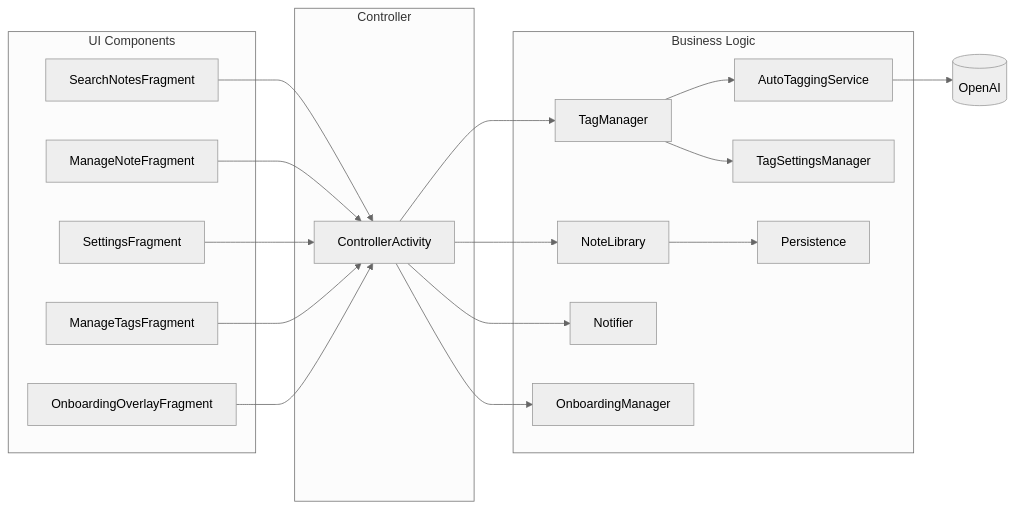
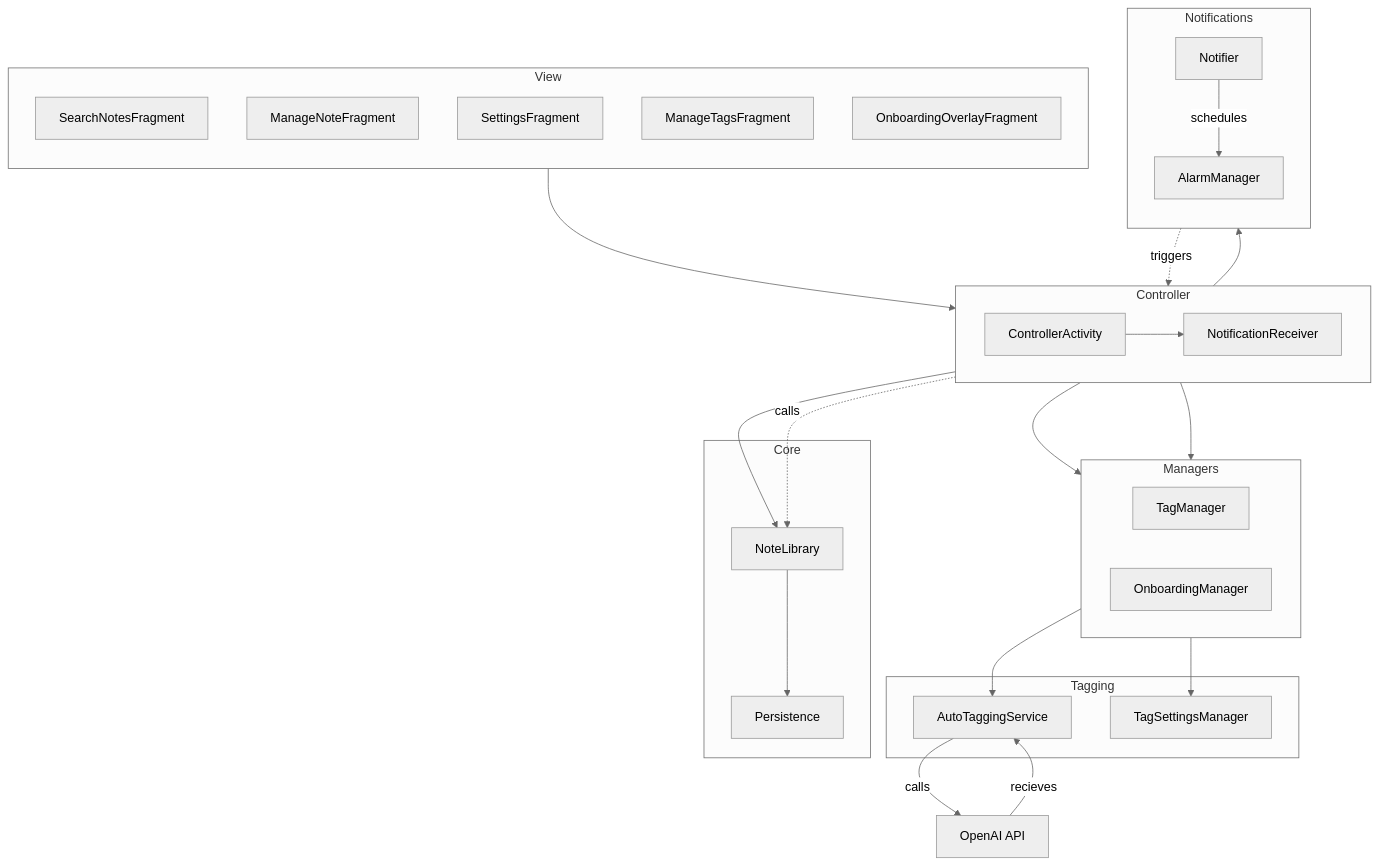
One commit to patricksmill/QuickNotes changed the diagram in docs/architecture/component_interaction.md. Above: the diagram before and after it, drawn with Mermaid (neutral theme). The commit also changed other lines of this file and 6 other files, not shown here.

Commit message:
Fix Tutorial Crashing, update diagrams

````diff
--- a/docs/architecture/component_interaction.md
+++ b/docs/architecture/component_interaction.md
@@ -1,40 +5,72 @@
 ```mermaid
-graph LR
-    subgraph "UI Components"
-        A[SearchNotesFragment]
-        B[ManageNoteFragment]
-        C[SettingsFragment]
-        D[ManageTagsFragment]
-        E[OnboardingOverlayFragment]
+flowchart TB
+    %% Top: View Layer
+    subgraph "View"
+        direction TB
+        SF[SearchNotesFragment]
+        MF[ManageNoteFragment]
+        SETF[SettingsFragment]
+        TF[ManageTagsFragment]
+        OF[OnboardingOverlayFragment]
     end
 
-    subgraph "Controller"
-        X[ControllerActivity]
+    %% Middle: Controller Layer
+    subgraph Controller["Controller"]
+        direction LR
+        CA[ControllerActivity]
+        NR[NotificationReceiver]
     end
 
-    subgraph "Business Logic"
-        F[NoteLibrary]
-        G[TagManager]
-        H[AutoTaggingService]
-        I[TagSettingsManager]
-        J[Notifier]
-        K[OnboardingManager]
-        L[Persistence]
+    %% Managers - directly below Controller
+    subgraph "Managers"
+        direction LR
+        TM[TagManager]
+        OM[OnboardingManager]
     end
 
-    A --> X
-    B --> X
-    C --> X
-    D --> X
-    E --> X
+    %% Notifications - directly below Controller
+    subgraph "Notifications"
+        direction TB
+        NOT[Notifier]
+        AM[AlarmManager]
+    end
 
-    X --> F
-    X --> G
-    X --> J
-    X --> K
+    %% Tagging Domain
+    subgraph "Tagging"
+        ATS[AutoTaggingService]
+        TSM[TagSettingsManager]
+    end
 
-    F --> L
-    G --> H
-    G --> I
-    H --> OpenAI[(OpenAI)]
+    %% Core Domain
+    subgraph "Core"
+        NL[NoteLibrary]
+        PERS[Persistence]
+    end
+
+    %% External Services
+    OAI[OpenAI API]
+
+    %% View to Controller
+    View --> CA
+
+    %% Controller internal
+    CA --> NR
+
+    %% Controller to Managers and Notifications
+    CA --> TM
+    CA --> OM
+    CA --> NOT
+    CA --> NL
+
+    %% Domain internal relationships
+    TM --> ATS
+    TM --> TSM
+    NL --> PERS
+
+    %% External connections
+    ATS -->|calls| OAI
+    OAI -->|recieves| ATS
+    NOT -->|schedules| AM
+    AM -.->|triggers| NR
+    NR -.->|calls| NL
 ```
````
